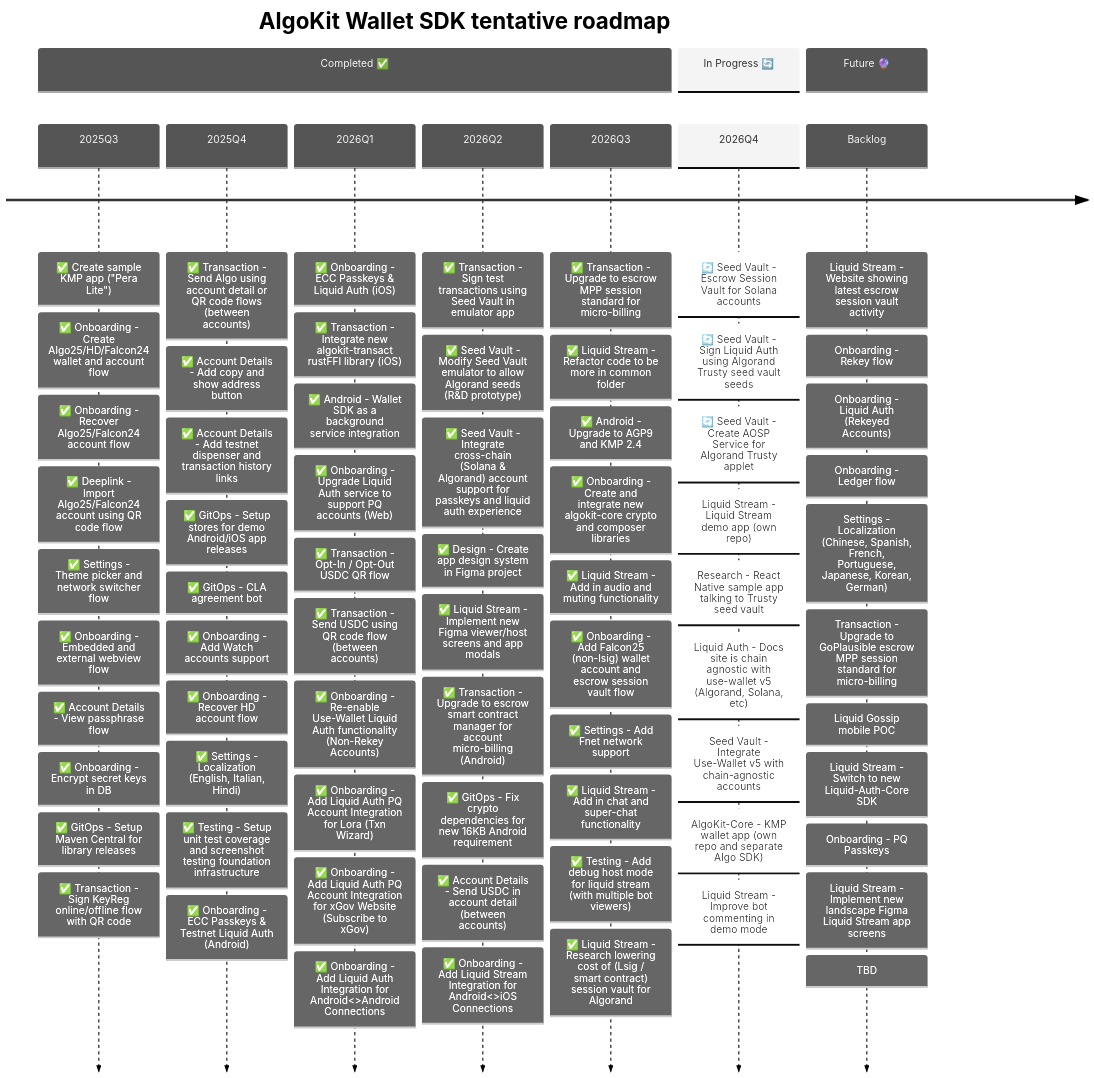
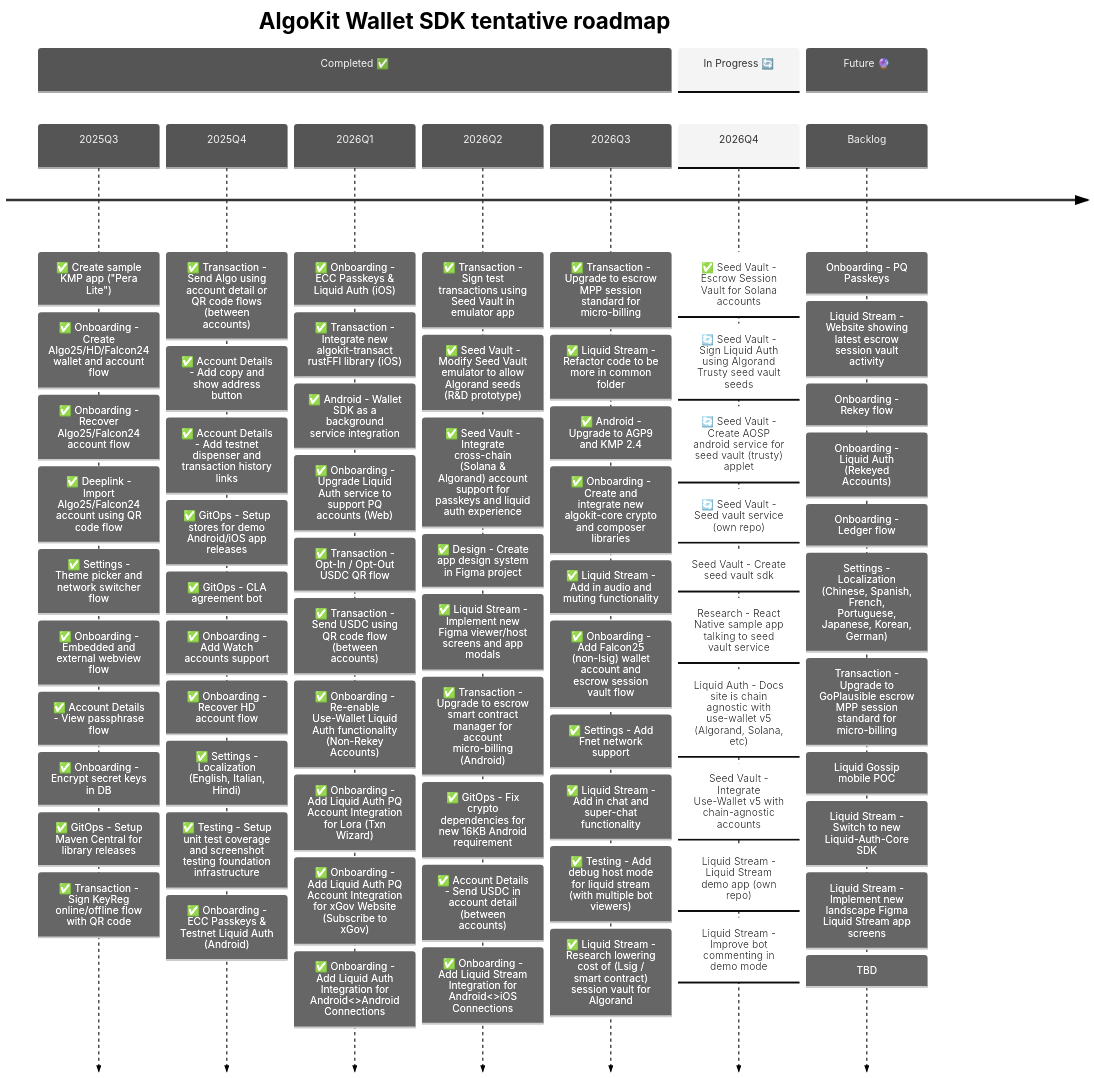
Before and after one commit to michaeltchuangllc/algokit-walletsdk-kmp: the second of 3 diagrams in README.md, drawn with Mermaid. The commit also changed 5 other files, not shown here.

Commit message:
feat: numeric keyboard for topup and gift support modal in liquid stream (#443)

```diff
--- a/README.md
+++ b/README.md
@@ -131,18 +131,20 @@
              
     section In Progress 🔄
     2026Q4   
-             : 🔄 Seed Vault - Escrow Session Vault for Solana accounts
+             : ✅ Seed Vault - Escrow Session Vault for Solana accounts
              : 🔄 Seed Vault - Sign Liquid Auth using Algorand Trusty seed vault seeds
-             : 🔄 Seed Vault - Create AOSP Service for Algorand Trusty applet
-             : Liquid Stream - Liquid Stream demo app (own repo)
-             : Research - React Native sample app talking to Trusty seed vault
+             : 🔄 Seed Vault - Create AOSP android service for seed vault (trusty) applet
+             : 🔄 Seed Vault - Seed vault service (own repo)
+             : Seed Vault - Create seed vault sdk
+             : Research - React Native sample app talking to seed vault service
              : Liquid Auth - Docs site is chain agnostic with use-wallet v5 (Algorand, Solana, etc)
              : Seed Vault - Integrate Use-Wallet v5 with chain-agnostic accounts
-             : AlgoKit-Core - KMP wallet app (own repo and separate Algo SDK)
+             : Liquid Stream - Liquid Stream demo app (own repo)
              : Liquid Stream - Improve bot commenting in demo mode
 
     section Future 🔮
-    Backlog  : Liquid Stream - Website showing latest escrow session vault activity
+    Backlog  : Onboarding - PQ Passkeys
+             : Liquid Stream - Website showing latest escrow session vault activity
              : Onboarding - Rekey flow
              : Onboarding - Liquid Auth (Rekeyed Accounts)
              : Onboarding - Ledger flow
@@ -150,7 +152,6 @@
              : Transaction - Upgrade to GoPlausible escrow MPP session standard for micro-billing
              : Liquid Gossip mobile POC
              : Liquid Stream - Switch to new Liquid-Auth-Core SDK
-             : Onboarding - PQ Passkeys
              : Liquid Stream - Implement new landscape Figma Liquid Stream app screens
              : TBD
 
```
